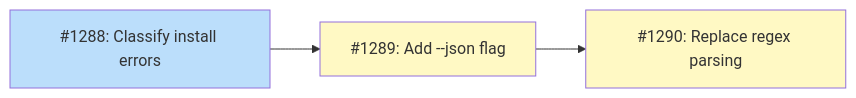
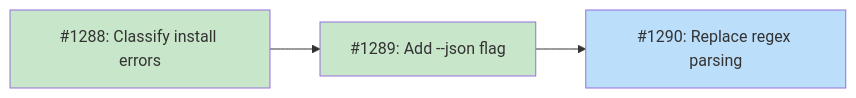
Before and after one commit to tsukumogami/tsuku: the diagram in docs/designs/DESIGN-structured-json-output.md, drawn with Mermaid. The commit also changed other lines of this file and 3 other files, not shown here.

````diff
--- a/docs/designs/DESIGN-structured-json-output.md
+++ b/docs/designs/DESIGN-structured-json-output.md
@@ -26,17 +26,17 @@
 ```mermaid
 graph LR
     I1288["#1288: Classify install errors"]
     I1289["#1289: Add --json flag"]
     I1290["#1290: Replace regex parsing"]
 
     I1288 --> I1289
     I1289 --> I1290
 
     classDef done fill:#c8e6c9
     classDef ready fill:#bbdefb
     classDef blocked fill:#fff9c4
     classDef needsDesign fill:#e1bee7
 
-    class I1288 ready
-    class I1289,I1290 blocked
+    class I1288,I1289 done
+    class I1290 ready
 ```
````
